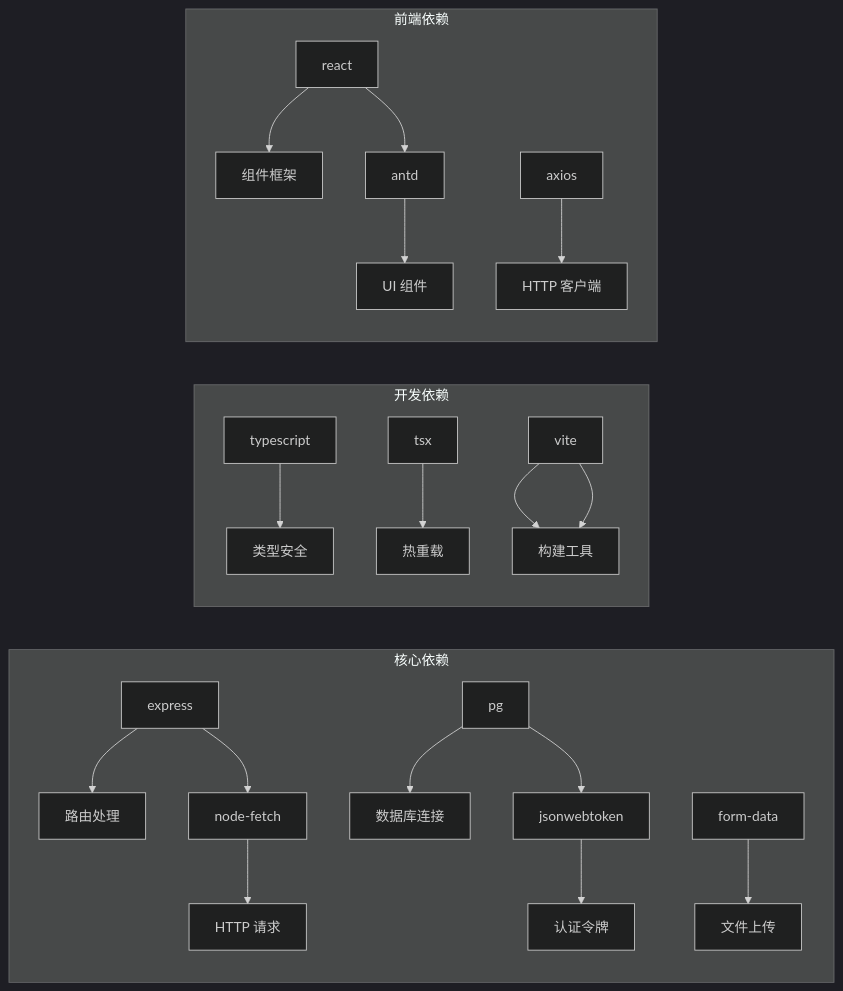
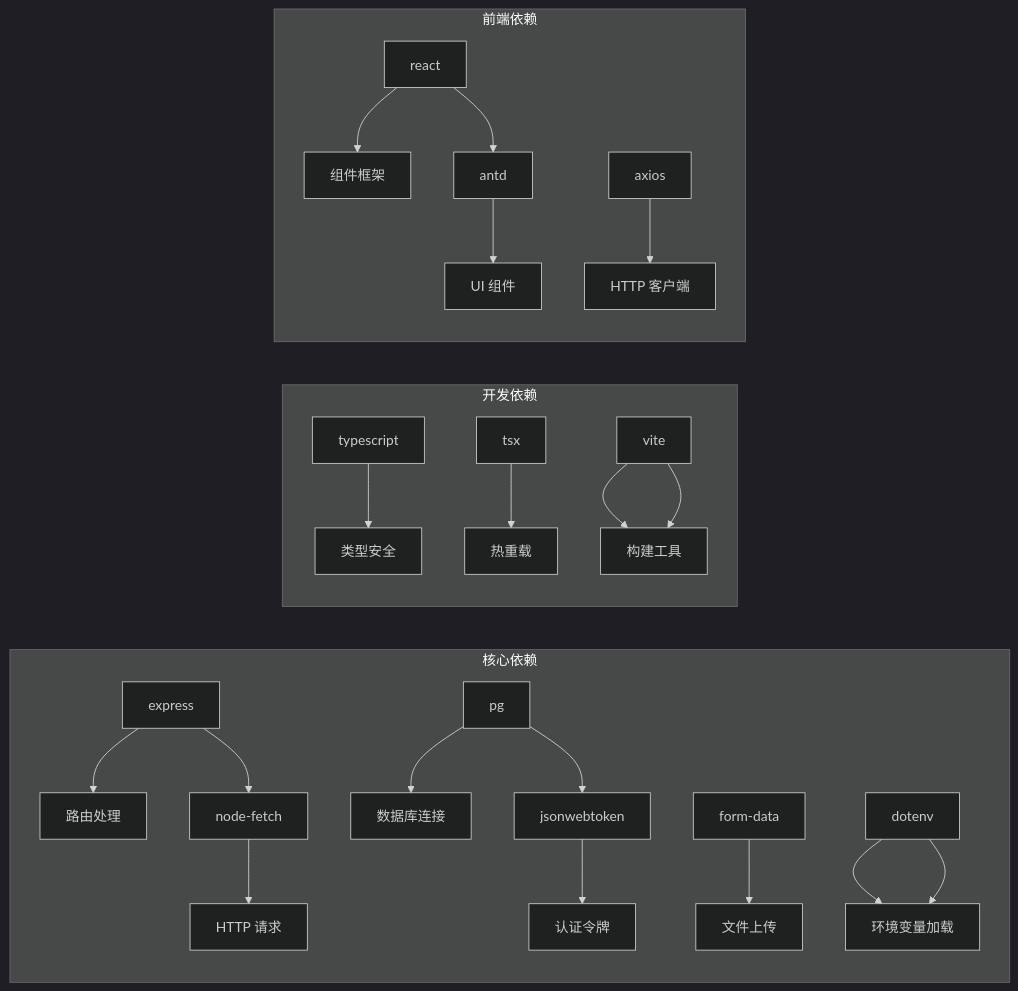
The seventh of 8 diagrams in .qoder/repowiki/zh/content/多模态工作流模块/音频处理模块.md (hanksd769-droid/sailshub), drawn with Mermaid (dark theme) before and after one commit. The commit also changed other lines of this file and 4 other files, not shown here.

````diff
--- a/.qoder/repowiki/zh/content/多模态工作流模块/音频处理模块.md
+++ b/.qoder/repowiki/zh/content/多模态工作流模块/音频处理模块.md
@@ -308,24 +348,26 @@
 ```mermaid
 graph LR
 subgraph "核心依赖"
 A[express] --> B[路由处理]
 C[node-fetch] --> D[HTTP 请求]
 E[pg] --> F[数据库连接]
 G[jsonwebtoken] --> H[认证令牌]
 I[form-data] --> J[文件上传]
+K[dotenv] --> L[环境变量加载]
 end
 subgraph "开发依赖"
-K[typescript] --> L[类型安全]
-M[tsx] --> N[热重载]
-O[vite] --> P[构建工具]
+M[typescript] --> N[类型安全]
+O[tsx] --> P[热重载]
+Q[vite] --> R[构建工具]
 end
 subgraph "前端依赖"
-Q[react] --> R[组件框架]
-S[antd] --> T[UI 组件]
-U[axios] --> V[HTTP 客户端]
+S[react] --> T[组件框架]
+U[antd] --> V[UI 组件]
+W[axios] --> X[HTTP 客户端]
 end
 A --> C
 E --> G
-Q --> S
-O --> P
+S --> U
+Q --> R
+K --> L
 ```
````
